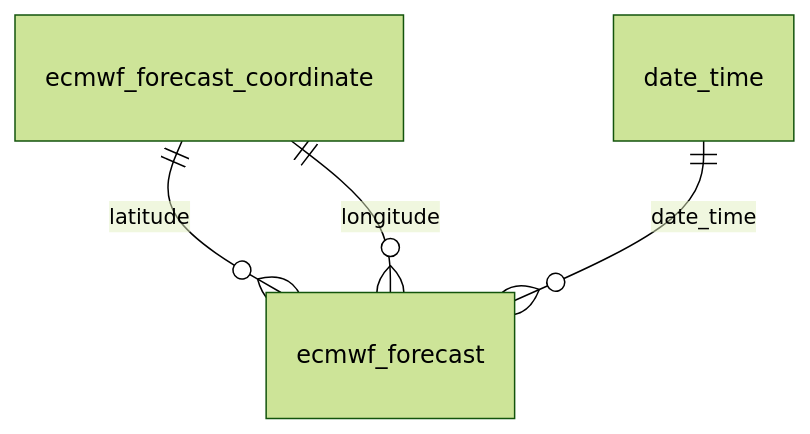
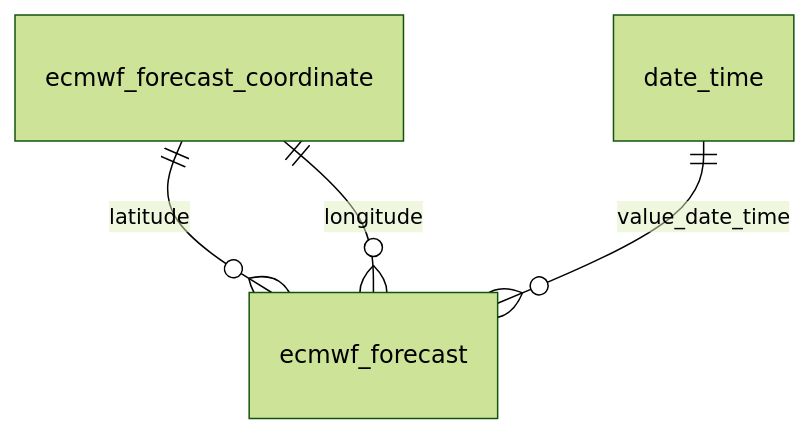
One commit to weizhi-luo/udacity-data-engineer-capstone-project changed the third of 3 diagrams in README.md. Above: the diagram before and after it, drawn with Mermaid (forest theme). The commit also changed other lines of this file and 1 other file, not shown here.

````diff
--- a/README.md
+++ b/README.md
@@ -264,6 +264,6 @@
 ```mermaid
 erDiagram
 ecmwf_forecast_coordinate ||--o{ ecmwf_forecast : latitude
 ecmwf_forecast_coordinate ||--o{ ecmwf_forecast : longitude
-date_time ||--o{ ecmwf_forecast : date_time
+date_time ||--o{ ecmwf_forecast : value_date_time
 ```
````
